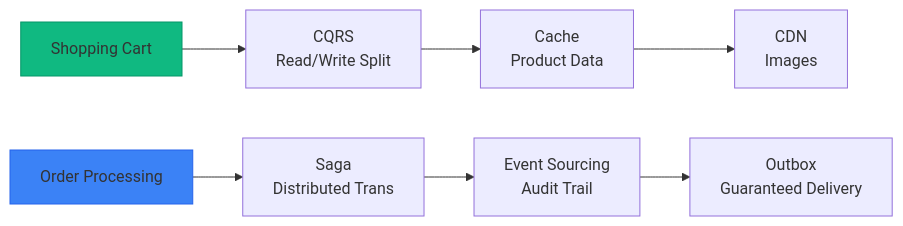
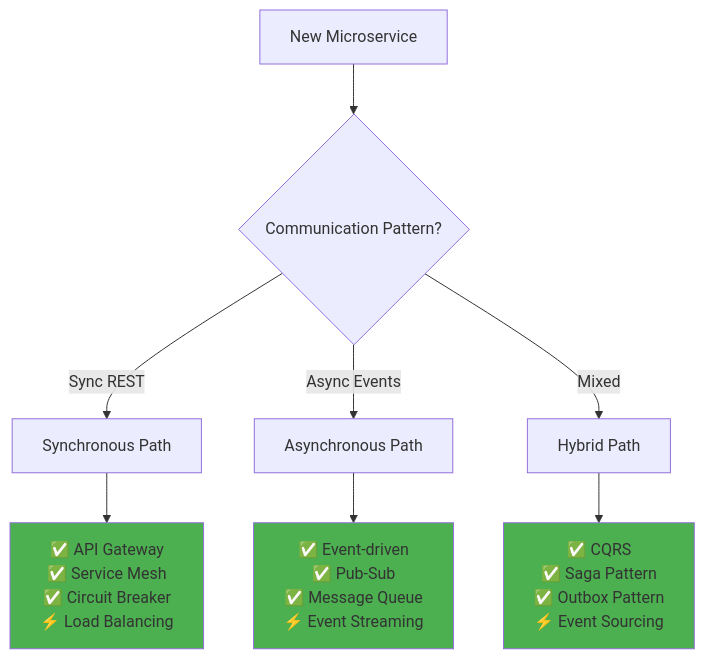
One commit to deepaucksharma/DStudio changed the third of 6 diagrams in docs/patterns/pattern-selector-tool.md. Above: the diagram before and after it, drawn with Mermaid. The commit also changed other lines of this file and 86 other files, not shown here.

````diff
--- a/docs/patterns/pattern-selector-tool.md
+++ b/docs/patterns/pattern-selector-tool.md
@@ -248,13 +124,16 @@
 ```mermaid
-graph LR
-    Cart[Shopping Cart] --> CQRS[CQRS<br/>Read/Write Split]
-    CQRS --> Cache[Cache<br/>Product Data]
-    Cache --> CDN[CDN<br/>Images]
+graph TD
+    Start[New Microservice] --> Comm{Communication Pattern?}
     
-    Order[Order Processing] --> Saga[Saga<br/>Distributed Trans]
-    Saga --> Event[Event Sourcing<br/>Audit Trail]
-    Event --> Outbox[Outbox<br/>Guaranteed Delivery]
+    Comm -->|Sync REST| SyncPath[Synchronous Path]
+    Comm -->|Async Events| AsyncPath[Asynchronous Path]
+    Comm -->|Mixed| MixedPath[Hybrid Path]
     
-    style Cart fill:#10b981,stroke:#059669
-    style Order fill:#3b82f6,stroke:#2563eb
+    SyncPath --> SyncRec[✅ API Gateway<br/>✅ Service Mesh<br/>✅ Circuit Breaker<br/>⚡ Load Balancing]
+    AsyncPath --> AsyncRec[✅ Event-driven<br/>✅ Pub-Sub<br/>✅ Message Queue<br/>⚡ Event Streaming]
+    MixedPath --> MixedRec[✅ CQRS<br/>✅ Saga Pattern<br/>✅ Outbox Pattern<br/>⚡ Event Sourcing]
+    
+    style SyncRec fill:#4CAF50
+    style AsyncRec fill:#4CAF50
+    style MixedRec fill:#4CAF50
 ```
````
